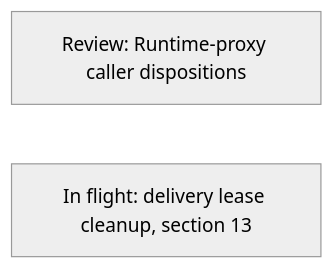
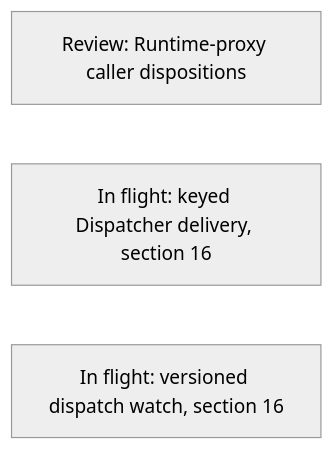
One commit to agentydragon/ducktape changed the first of 20 diagrams in agentplane/plans/task_dag.md. Above: the diagram before and after it, drawn with Mermaid (neutral theme). The commit also changed other lines of this file and 4 other files, not shown here.

First line of the commit message:
Burn down the finished Session delivery lease in the Agentplane plans

````diff
--- a/agentplane/plans/task_dag.md
+++ b/agentplane/plans/task_dag.md
@@ -204,5 +206,6 @@
 ```mermaid
 flowchart LR
     RUNTIME_PROXY_CALLER_AUDIT[Review: Runtime-proxy caller dispositions]
-    DISPATCHER_PERSISTENCE_MODEL_DESIGN[In flight: delivery lease cleanup, section 13]
+    DISPATCHER_KEYED_DELIVERY[In flight: keyed Dispatcher delivery, section 16]
+    DISPATCHER_WATCH_VERSIONS[In flight: versioned dispatch watch, section 16]
 ```
````
